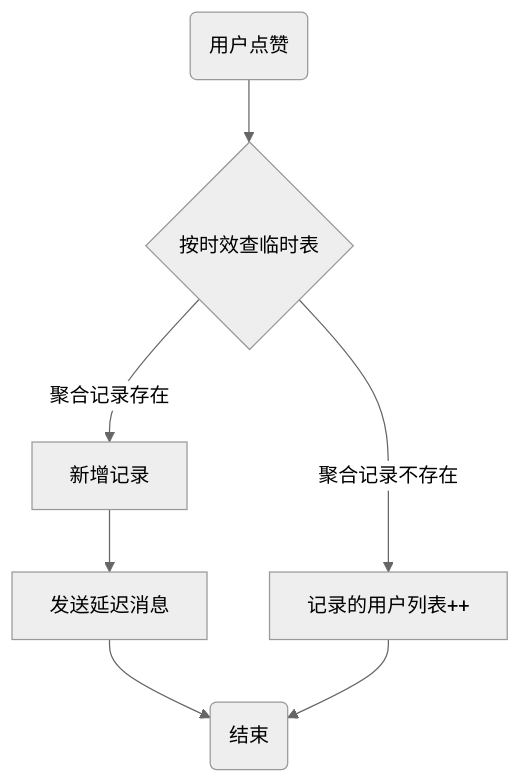
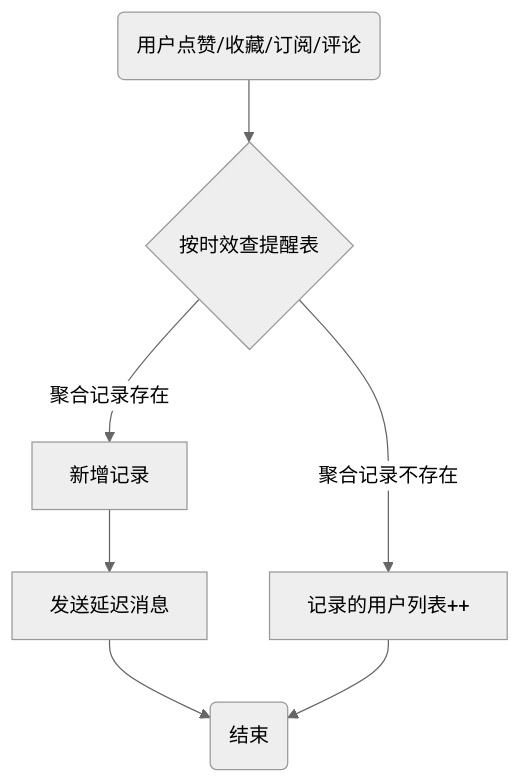
One commit to ruanjiayou/notes changed the first of 3 diagrams in 方案/消息与任务.md. Above: the diagram before and after it, drawn with Mermaid (neutral theme). The commit also changed other lines of this file and 31 other files, not shown here.

````diff
--- a/方案/消息与任务.md
+++ b/方案/消息与任务.md
@@ -175,9 +176,9 @@
 ```mermaid
 graph TD;
-    A(用户点赞)-->B{按时效查临时表}; 
+    A(用户点赞/收藏/订阅/评论)-->B{按时效查提醒表}; 
     B-->|聚合记录存在|C[新增记录];
     B-->|聚合记录不存在|D[记录的用户列表++];
     C-->E[发送延迟消息];
     E-->F(结束);
     D-->F;
 ```
````
